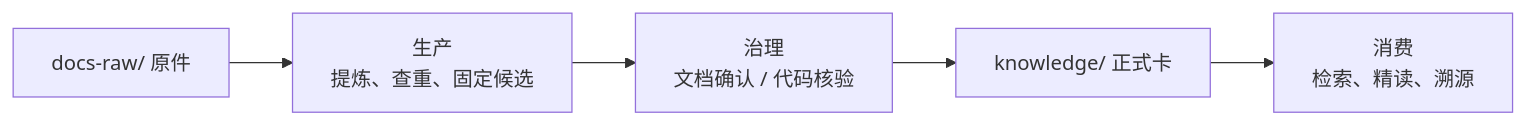
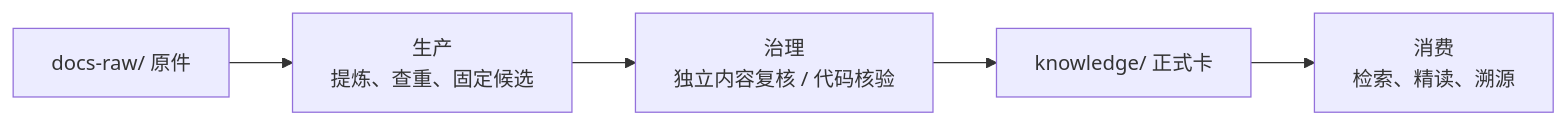
The diagram in aiotbot-knowledge-wifi-mp/README.md (Robin-hhc/FactumCore), drawn with Mermaid before and after one commit. The commit also changed other lines of this file and 115 other files, not shown here.

````diff
--- a/aiotbot-knowledge-wifi-mp/README.md
+++ b/aiotbot-knowledge-wifi-mp/README.md
@@ -5,7 +5,7 @@
 ```mermaid
 flowchart LR
     R["docs-raw/ 原件"] --> P["生产<br/>提炼、查重、固定候选"]
-    P --> G["治理<br/>文档确认 / 代码核验"]
+    P --> G["治理<br/>独立内容复核 / 代码核验"]
     G --> K["knowledge/ 正式卡"]
     K --> Q["消费<br/>检索、精读、溯源"]
 ```
````
